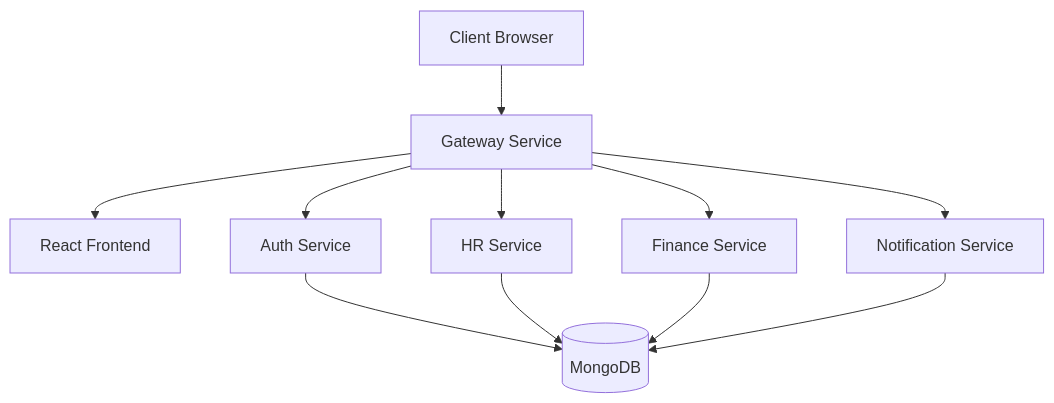
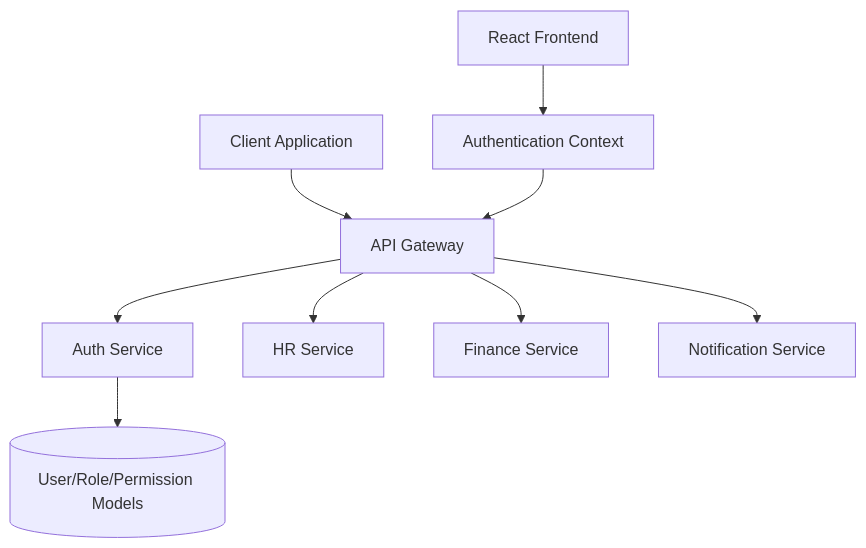
Before and after one commit to Mahesh-65/OrganiStation: the eighth of 9 diagrams in .github/instructions/architecture.instructions.md, drawn with Mermaid. The commit also changed other lines of this file and 7 other files, not shown here.

````diff
--- a/.github/instructions/architecture.instructions.md
+++ b/.github/instructions/architecture.instructions.md
@@ -674,14 +580,12 @@
 ```mermaid
-graph TB
-    Client[Client Browser] --> Gateway[Gateway Service]
-    Gateway --> Frontend[React Frontend]
-    Gateway --> Auth[Auth Service]
-    Gateway --> HR[HR Service]
-    Gateway --> Finance[Finance Service]
-    Gateway --> Notification[Notification Service]
+flowchart TD
+    Client[Client Application] --> Gateway[API Gateway]
+    Gateway --> AuthService[Auth Service]
+    AuthService --> UserDB[(User/Role/Permission Models)]
+    Gateway --> HRService[HR Service]
+    Gateway --> FinanceService[Finance Service]
+    Gateway --> NotificationService[Notification Service]
     
-    Auth --> MongoDB[(MongoDB)]
-    HR --> MongoDB
-    Finance --> MongoDB
-    Notification --> MongoDB
+    Frontend[React Frontend] --> AuthContext[Authentication Context]
+    AuthContext --> Gateway
 ```
````
